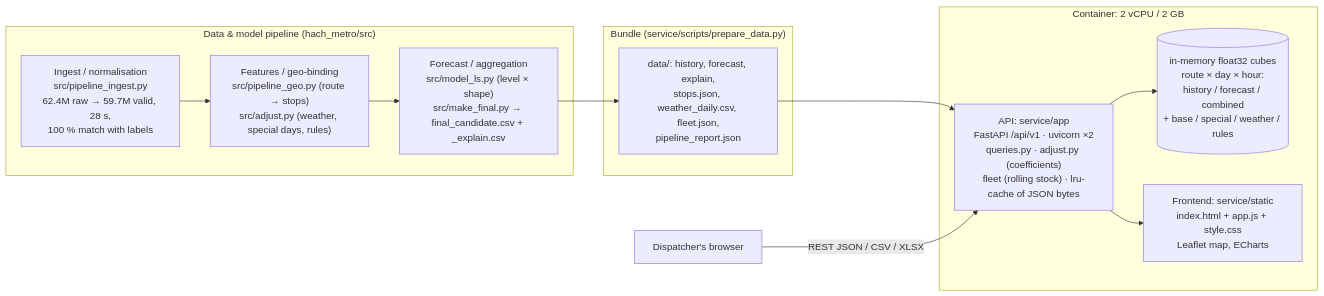
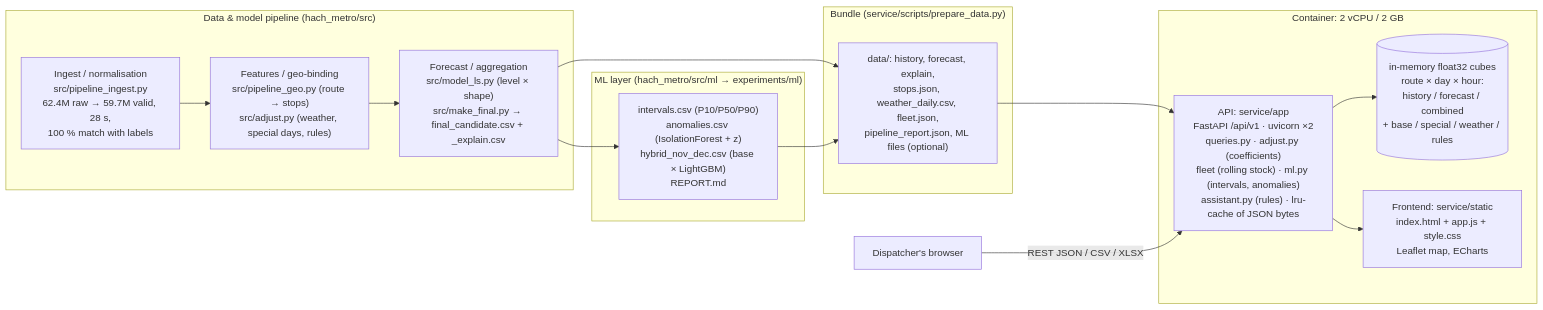
The diagram in service/README.md (mariakasimceva0305-ux/hack_metro), drawn with Mermaid before and after one commit. The commit also changed other lines of this file and 71 other files, not shown here.

Commit message:
ML/AI layer: hybrid (CV-selected w=0), conformal intervals, anomaly detector, service AI panels and dispatcher assistant

````diff
--- a/service/README.md
+++ b/service/README.md
@@ -38,21 +41,25 @@
 ```mermaid
 flowchart LR
   subgraph P["Data & model pipeline (hach_metro/src)"]
     I["Ingest / normalisation<br/>src/pipeline_ingest.py<br/>62.4M raw → 59.7M valid, 28 s,<br/>100 % match with labels"]
     G["Features / geo-binding<br/>src/pipeline_geo.py (route → stops)<br/>src/adjust.py (weather, special days, rules)"]
     F["Forecast / aggregation<br/>src/model_ls.py (level × shape)<br/>src/make_final.py → final_candidate.csv + _explain.csv"]
     I --> G --> F
   end
+  subgraph ML["ML layer (hach_metro/src/ml → experiments/ml)"]
+    Q["intervals.csv (P10/P50/P90)<br/>anomalies.csv (IsolationForest + z)<br/>hybrid_nov_dec.csv (base × LightGBM)<br/>REPORT.md"]
+  end
   subgraph B["Bundle (service/scripts/prepare_data.py)"]
-    D["data/: history, forecast, explain,<br/>stops.json, weather_daily.csv, fleet.json,<br/>pipeline_report.json"]
+    D["data/: history, forecast, explain,<br/>stops.json, weather_daily.csv, fleet.json,<br/>pipeline_report.json, ML files (optional)"]
   end
   subgraph C["Container: 2 vCPU / 2 GB"]
-    A["API: service/app<br/>FastAPI /api/v1 · uvicorn ×2<br/>queries.py · adjust.py (coefficients)<br/>fleet (rolling stock) · lru-cache of JSON bytes"]
+    A["API: service/app<br/>FastAPI /api/v1 · uvicorn ×2<br/>queries.py · adjust.py (coefficients)<br/>fleet (rolling stock) · ml.py (intervals, anomalies)<br/>assistant.py (rules) · lru-cache of JSON bytes"]
     M[("in-memory float32 cubes<br/>route × day × hour:<br/>history / forecast / combined<br/>+ base / special / weather / rules")]
     W["Frontend: service/static<br/>index.html + app.js + style.css<br/>Leaflet map, ECharts"]
     A --> M
     A --> W
   end
   F --> D --> A
+  F --> Q --> D
   U["Dispatcher's browser"] -->|REST JSON / CSV / XLSX| A
 ```
````
